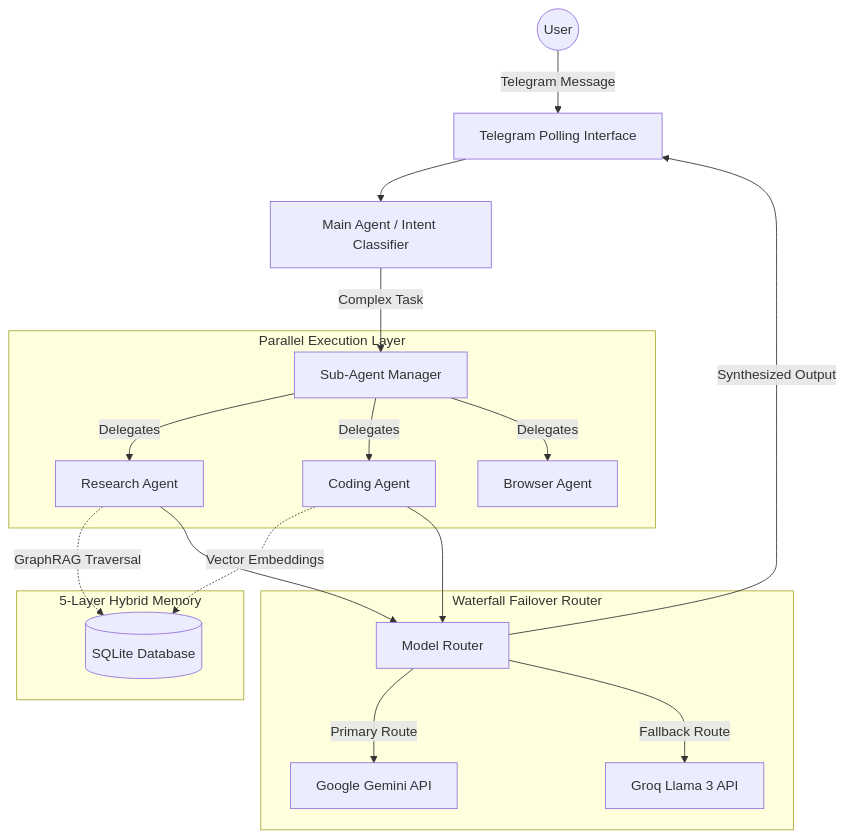
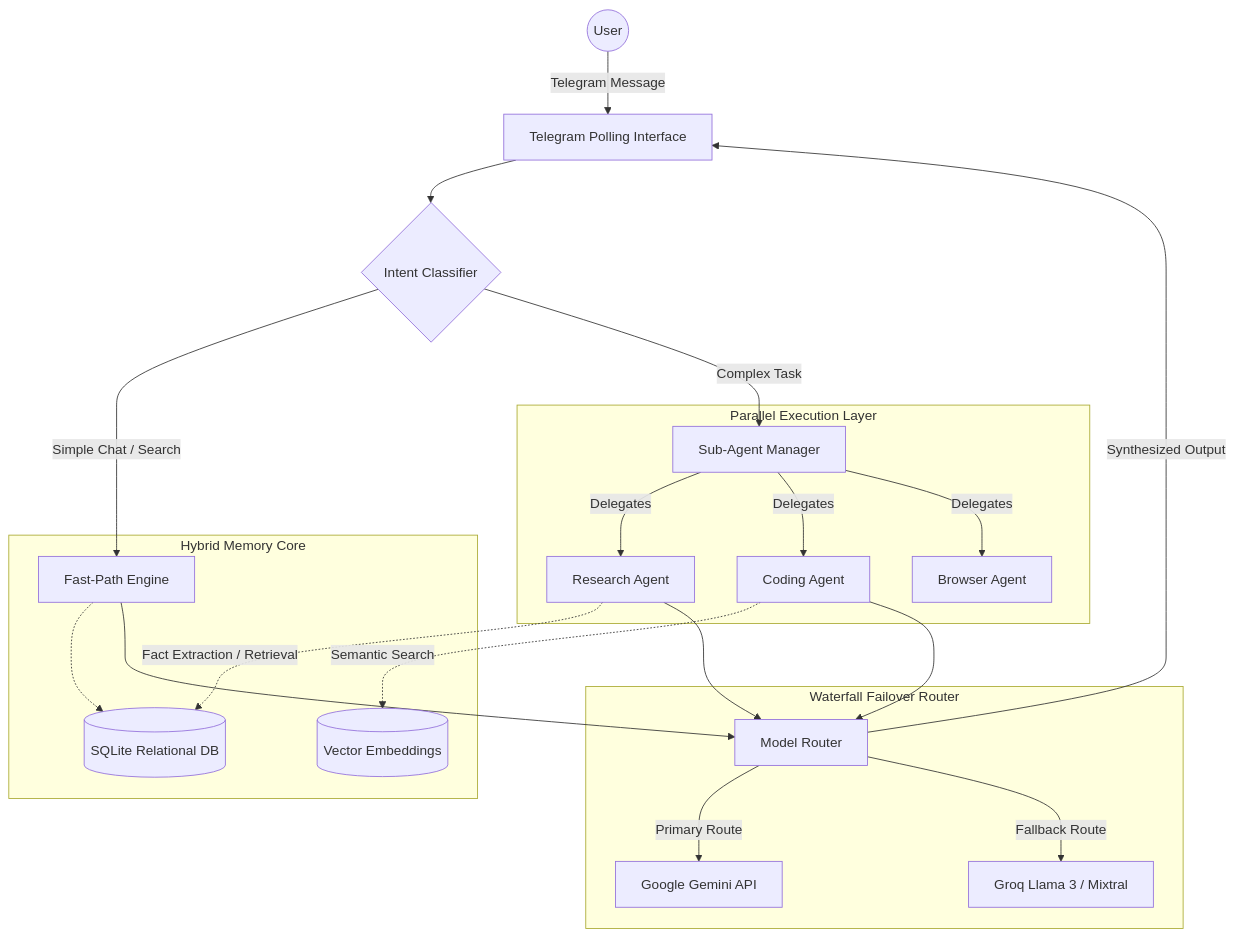
Before and after one commit to roqaiahanjum/OpenClaw-echo: the diagram in README.md, drawn with Mermaid. The commit also changed other lines of this file, not shown here.

````diff
--- a/README.md
+++ b/README.md
@@ -38,27 +45,30 @@
 ```mermaid
 graph TD
     User((User)) -->|Telegram Message| TP[Telegram Polling Interface]
-    TP --> Planner[Main Agent / Intent Classifier]
+    TP --> Classifier{Intent Classifier}
     
-    Planner -->|Complex Task| SAM[Sub-Agent Manager]
+    Classifier -->|Simple Chat / Search| FastPath[Fast-Path Engine]
+    Classifier -->|Complex Task| SAM[Sub-Agent Manager]
     
     subgraph Parallel Execution Layer
         SAM -->|Delegates| RA[Research Agent]
         SAM -->|Delegates| CA[Coding Agent]
         SAM -->|Delegates| BA[Browser Agent]
     end
     
-    subgraph 5-Layer Hybrid Memory
-        RA -.->|GraphRAG Traversal| DB[(SQLite Database)]
-        CA -.->|Vector Embeddings| DB
+    subgraph Hybrid Memory Core
+        RA -.->|Fact Extraction / Retrieval| DB[(SQLite Relational DB)]
+        CA -.->|Semantic Search| VS[(Vector Embeddings)]
+        FastPath -.-> DB
     end
     
     subgraph Waterfall Failover Router
         RA --> MR[Model Router]
         CA --> MR
+        FastPath --> MR
         MR -->|Primary Route| API1[Google Gemini API]
-        MR -->|Fallback Route| API2[Groq Llama 3 API]
+        MR -->|Fallback Route| API2[Groq Llama 3 / Mixtral]
     end
     
     MR -->|Synthesized Output| TP
 ```
````
